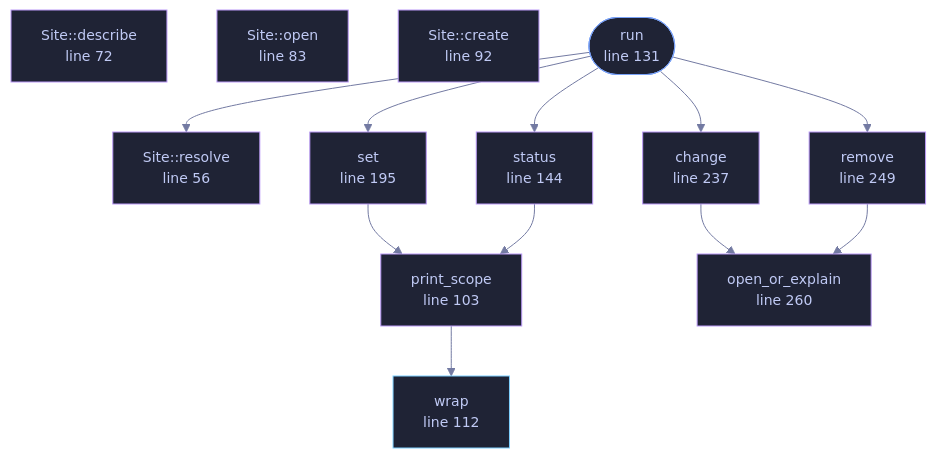
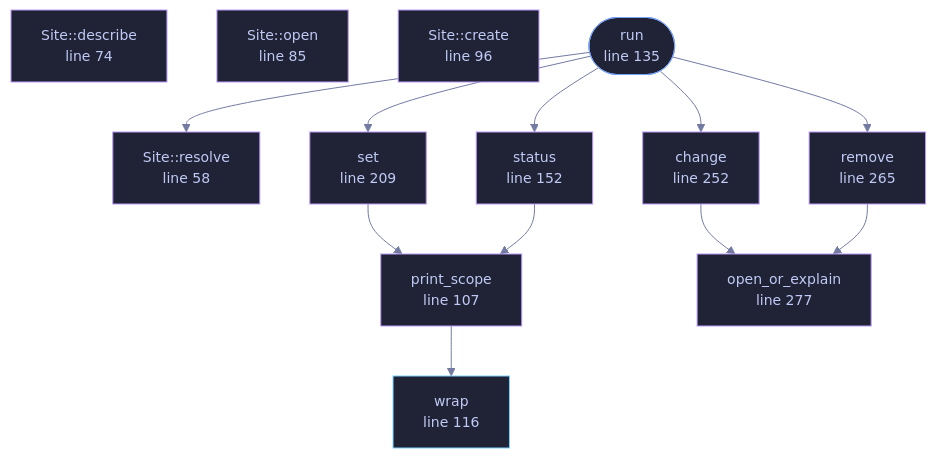
One commit to tilas01/veilvoice changed the diagram in docs/files/veilvoice-cli/lock.md. Above: the diagram before and after it, drawn with Mermaid. The commit also changed other lines of this file and 57 other files, not shown here.

````diff
--- a/docs/files/veilvoice-cli/lock.md
+++ b/docs/files/veilvoice-cli/lock.md
@@ -75,44 +75,44 @@
 ```mermaid
 %%{init: {"theme":"base","themeVariables":{"background":"#1a1b26","primaryColor":"#1f2335","primaryTextColor":"#c0caf5","primaryBorderColor":"#7aa2f7","secondaryColor":"#16161e","tertiaryColor":"#16161e","lineColor":"#737aa2","textColor":"#c0caf5","mainBkg":"#1f2335","nodeBorder":"#7aa2f7","clusterBkg":"#16161e","clusterBorder":"#2f3549","fontFamily":"ui-monospace, SFMono-Regular, Consolas, monospace","fontSize":"14px"}}}%%
 flowchart TD
-    n_resolve["Site::resolve<br/>line 56"]
-    n_describe["Site::describe<br/>line 72"]
-    n_open["Site::open<br/>line 83"]
-    n_create["Site::create<br/>line 92"]
-    n_print_scope["print_scope<br/>line 103"]
-    n_wrap["wrap<br/>line 112"]
-    n_run(["run<br/>line 131"])
-    n_status["status<br/>line 144"]
-    n_set["set<br/>line 195"]
-    n_change["change<br/>line 237"]
-    n_remove["remove<br/>line 249"]
-    n_open_or_explain["open_or_explain<br/>line 260"]
+    n_resolve["Site::resolve<br/>line 58"]
+    n_describe["Site::describe<br/>line 74"]
+    n_open["Site::open<br/>line 85"]
+    n_create["Site::create<br/>line 96"]
+    n_print_scope["print_scope<br/>line 107"]
+    n_wrap["wrap<br/>line 116"]
+    n_run(["run<br/>line 135"])
+    n_status["status<br/>line 152"]
+    n_set["set<br/>line 209"]
+    n_change["change<br/>line 252"]
+    n_remove["remove<br/>line 265"]
+    n_open_or_explain["open_or_explain<br/>line 277"]
     n_change --> n_open_or_explain
     n_print_scope --> n_wrap
     n_remove --> n_open_or_explain
     n_run --> n_change
     n_run --> n_remove
     n_run --> n_resolve
     n_run --> n_set
     n_run --> n_status
     n_set --> n_print_scope
     n_status --> n_print_scope
-    click n_resolve href "https://github.com/tilas01/veilvoice/blob/main/crates/veilvoice-cli/src/lock.rs#L56" "open the source"
-    click n_describe href "https://github.com/tilas01/veilvoice/blob/main/crates/veilvoice-cli/src/lock.rs#L72" "open the source"
-    click n_open href "https://github.com/tilas01/veilvoice/blob/main/crates/veilvoice-cli/src/lock.rs#L83" "open the source"
-    click n_create href "https://github.com/tilas01/veilvoice/blob/main/crates/veilvoice-cli/src/lock.rs#L92" "open the source"
-    click n_print_scope href "https://github.com/tilas01/veilvoice/blob/main/crates/veilvoice-cli/src/lock.rs#L103" "open the source"
-    click n_wrap href "https://github.com/tilas01/veilvoice/blob/main/crates/veilvoice-cli/src/lock.rs#L112" "open the source"
-    click n_run href "https://github.com/tilas01/veilvoice/blob/main/crates/veilvoice-cli/src/lock.rs#L131" "open the source"
-    click n_status href "https://github.com/tilas01/veilvoice/blob/main/crates/veilvoice-cli/src/lock.rs#L144" "open the source"
-    click n_set href "https://github.com/tilas01/veilvoice/blob/main/crates/veilvoice-cli/src/lock.rs#L195" "open the source"
-    click n_change href "https://github.com/tilas01/veilvoice/blob/main/crates/veilvoice-cli/src/lock.rs#L237" "open the source"
-    click n_remove href "https://github.com/tilas01/veilvoice/blob/main/crates/veilvoice-cli/src/lock.rs#L249" "open the source"
-    click n_open_or_explain href "https://github.com/tilas01/veilvoice/blob/main/crates/veilvoice-cli/src/lock.rs#L260" "open the source"
+    click n_resolve href "https://github.com/tilas01/veilvoice/blob/main/crates/veilvoice-cli/src/lock.rs#L58" "open the source"
+    click n_describe href "https://github.com/tilas01/veilvoice/blob/main/crates/veilvoice-cli/src/lock.rs#L74" "open the source"
+    click n_open href "https://github.com/tilas01/veilvoice/blob/main/crates/veilvoice-cli/src/lock.rs#L85" "open the source"
+    click n_create href "https://github.com/tilas01/veilvoice/blob/main/crates/veilvoice-cli/src/lock.rs#L96" "open the source"
+    click n_print_scope href "https://github.com/tilas01/veilvoice/blob/main/crates/veilvoice-cli/src/lock.rs#L107" "open the source"
+    click n_wrap href "https://github.com/tilas01/veilvoice/blob/main/crates/veilvoice-cli/src/lock.rs#L116" "open the source"
+    click n_run href "https://github.com/tilas01/veilvoice/blob/main/crates/veilvoice-cli/src/lock.rs#L135" "open the source"
+    click n_status href "https://github.com/tilas01/veilvoice/blob/main/crates/veilvoice-cli/src/lock.rs#L152" "open the source"
+    click n_set href "https://github.com/tilas01/veilvoice/blob/main/crates/veilvoice-cli/src/lock.rs#L209" "open the source"
+    click n_change href "https://github.com/tilas01/veilvoice/blob/main/crates/veilvoice-cli/src/lock.rs#L252" "open the source"
+    click n_remove href "https://github.com/tilas01/veilvoice/blob/main/crates/veilvoice-cli/src/lock.rs#L265" "open the source"
+    click n_open_or_explain href "https://github.com/tilas01/veilvoice/blob/main/crates/veilvoice-cli/src/lock.rs#L277" "open the source"
     classDef entry fill:#1f2335,stroke:#7aa2f7,color:#c0caf5
     class n_run entry
     classDef api fill:#1f2335,stroke:#7dcfff,color:#c0caf5
     class n_wrap api
     classDef helper fill:#1f2335,stroke:#bb9af7,color:#c0caf5
     class n_resolve,n_describe,n_open,n_create,n_print_scope,n_status,n_set,n_change,n_remove,n_open_or_explain helper
 ```
````
